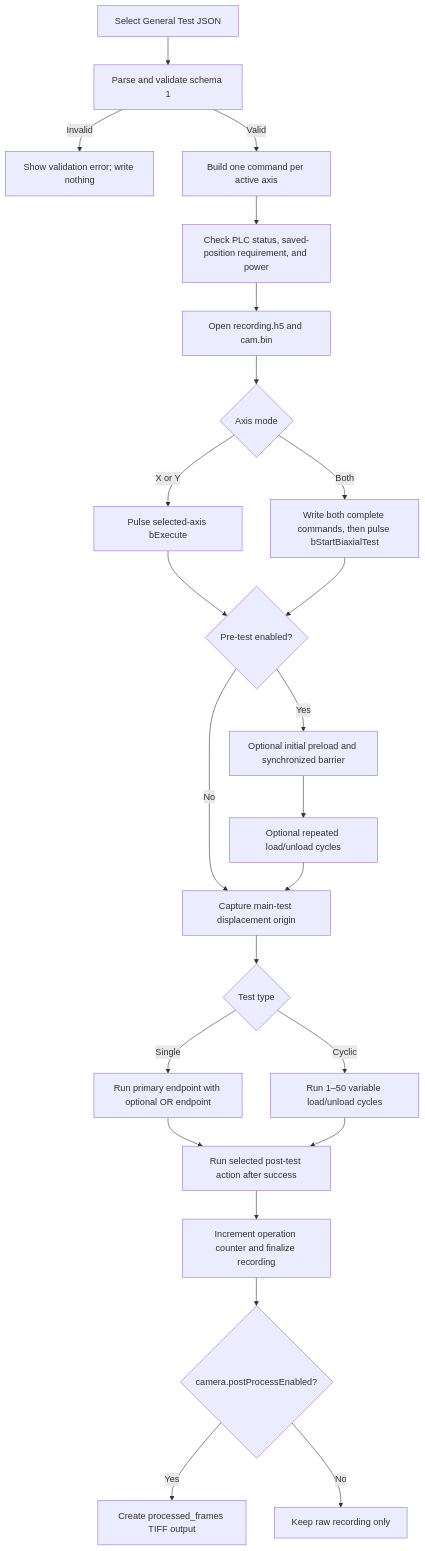
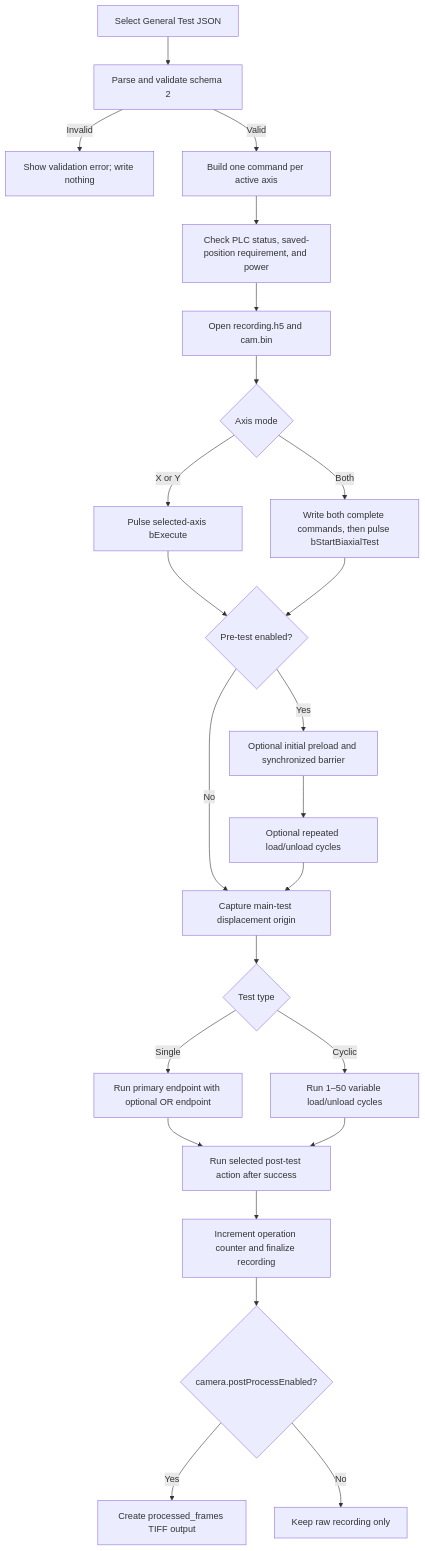
One commit to dogrinator/codebase changed the diagram in aorty/examples/generalTestReadme.md. Above: the diagram before and after it, drawn with Mermaid. The commit also changed other lines of this file and 45 other files, not shown here.

````diff
--- a/aorty/examples/generalTestReadme.md
+++ b/aorty/examples/generalTestReadme.md
@@ -27,26 +27,26 @@
 ```mermaid
 flowchart TD
-    File["Select General Test JSON"] --> Parse["Parse and validate schema 1"]
+    File["Select General Test JSON"] --> Parse["Parse and validate schema 2"]
     Parse -->|Invalid| Reject["Show validation error; write nothing"]
     Parse -->|Valid| Map["Build one command per active axis"]
     Map --> Ready["Check PLC status, saved-position requirement, and power"]
     Ready --> Record["Open recording.h5 and cam.bin"]
     Record --> Start{"Axis mode"}
     Start -->|X or Y| SingleStart["Pulse selected-axis bExecute"]
     Start -->|Both| BothStart["Write both complete commands, then pulse bStartBiaxialTest"]
     SingleStart --> Pre{"Pre-test enabled?"}
     BothStart --> Pre
     Pre -->|Yes| Preload["Optional initial preload and synchronized barrier"]
     Preload --> PreCycles["Optional repeated load/unload cycles"]
     Pre -->|No| Origin["Capture main-test displacement origin"]
     PreCycles --> Origin
     Origin --> Main{"Test type"}
     Main -->|Single| Single["Run primary endpoint with optional OR endpoint"]
     Main -->|Cyclic| Cyclic["Run 1–50 variable load/unload cycles"]
     Single --> Post["Run selected post-test action after success"]
     Cyclic --> Post
     Post --> Finish["Increment operation counter and finalize recording"]
     Finish --> Tiff{"camera.postProcessEnabled?"}
     Tiff -->|Yes| Process["Create processed_frames TIFF output"]
     Tiff -->|No| Raw["Keep raw recording only"]
 ```
````
